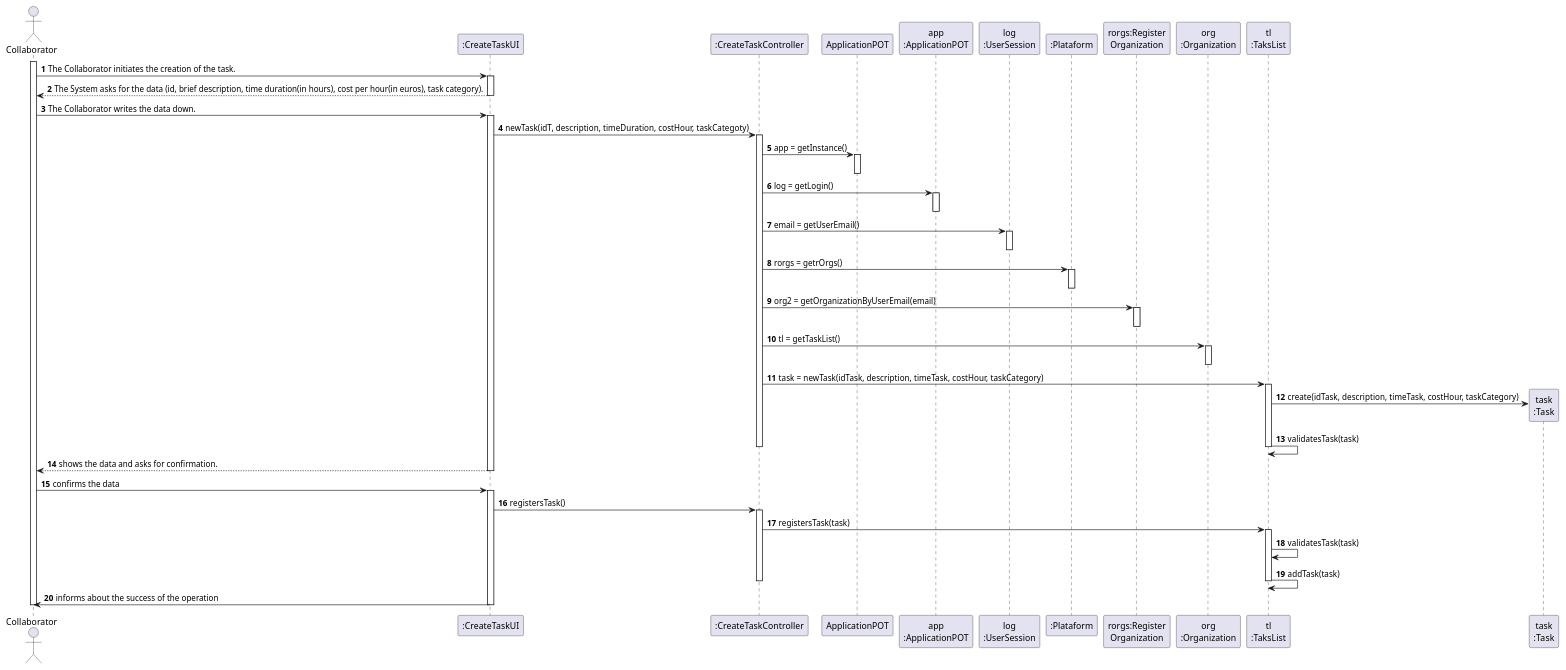
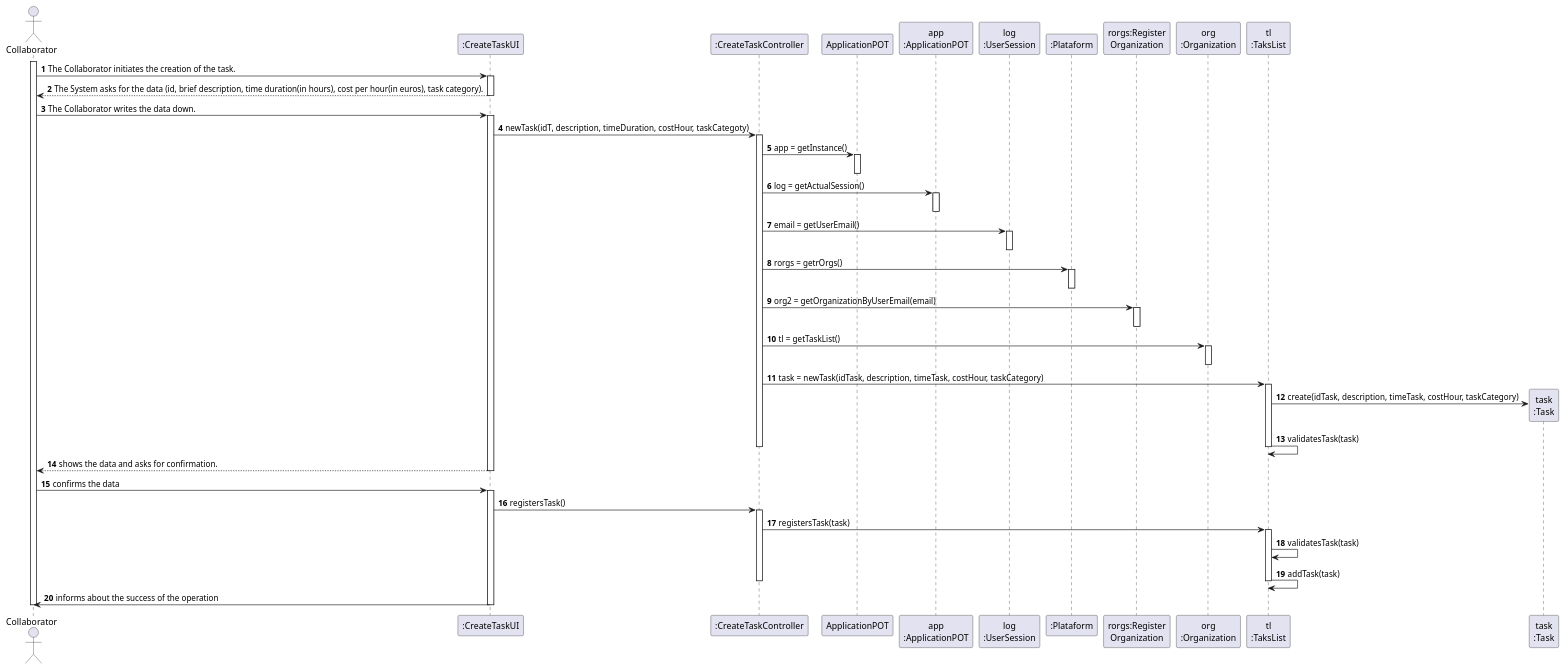
One commit to 1190452/LAPR2 changed the diagram in docs/UC2 - Create Task/UC2_SD.puml. Above: the diagram before and after it, drawn with PlantUML. The commit also changed 3 other files, not shown here.

```diff
--- a/docs/UC2 - Create Task/UC2_SD.puml
+++ b/docs/UC2 - Create Task/UC2_SD.puml
@@ -1,87 +1,87 @@
 @startuml
 autonumber
 'hide footbox
 actor "Collaborator" as ADM
 
 participant ":CreateTaskUI" as UI
 participant ":CreateTaskController" as CTRL
 participant "ApplicationPOT" as _APP
 participant "app\n:ApplicationPOT" as APP
 participant "log\n:UserSession" as SESSAO
 participant ":Plataform" as PLAT
 participant "rorgs:Register\nOrganization" as RORGS
 participant "org\n:Organization" as ORG
 participant "tl\n:TaksList" as LTASKS
 participant "task\n:Task" as TAREFA
 
 
 activate ADM
 ADM -> UI : The Collaborator initiates the creation of the task.
 activate UI
 UI --> ADM : The System asks for the data (id, brief description, time duration(in hours), cost per hour(in euros), task category).
 deactivate UI
 
 ADM -> UI : The Collaborator writes the data down.
 activate UI
 
 UI -> CTRL : newTask(idT, description, timeDuration, costHour, taskCategoty)
 activate CTRL
 
 CTRL -> _APP : app = getInstance()
 activate _APP
 deactivate _APP
 
-CTRL -> APP : log = getLogin()
+CTRL -> APP : log = getActualSession()
 activate APP
 deactivate APP
 
 CTRL -> SESSAO : email = getUserEmail()
 activate SESSAO
 deactivate SESSAO
 
 CTRL -> PLAT : rorgs = getrOrgs()
 activate PLAT
 deactivate PLAT
 
 CTRL -> RORGS : org2 = getOrganizationByUserEmail(email)
 activate RORGS
 deactivate RORGS
 
 CTRL -> ORG : tl = getTaskList()
 activate ORG
 deactivate ORG
 
 CTRL -> LTASKS : task = newTask(idTask, description, timeTask, costHour, taskCategory)
 activate LTASKS
 
 LTASKS -> TAREFA** : create(idTask, description, timeTask, costHour, taskCategory)
 
 LTASKS -> LTASKS : validatesTask(task)
 
 deactivate CTRL
 deactivate LTASKS
 
 UI --> ADM : shows the data and asks for confirmation.
 deactivate UI
 
 ADM -> UI : confirms the data
 activate UI
 
 UI -> CTRL : registersTask()
 activate CTRL
 
 CTRL -> LTASKS : registersTask(task)
 activate LTASKS
 
 LTASKS -> LTASKS : validatesTask(task)
 LTASKS -> LTASKS : addTask(task)
 deactivate LTASKS
 deactivate CTRL
 
 UI -> ADM : informs about the success of the operation
 deactivate UI
 deactivate ADM
 
 
 
 @enduml
```
